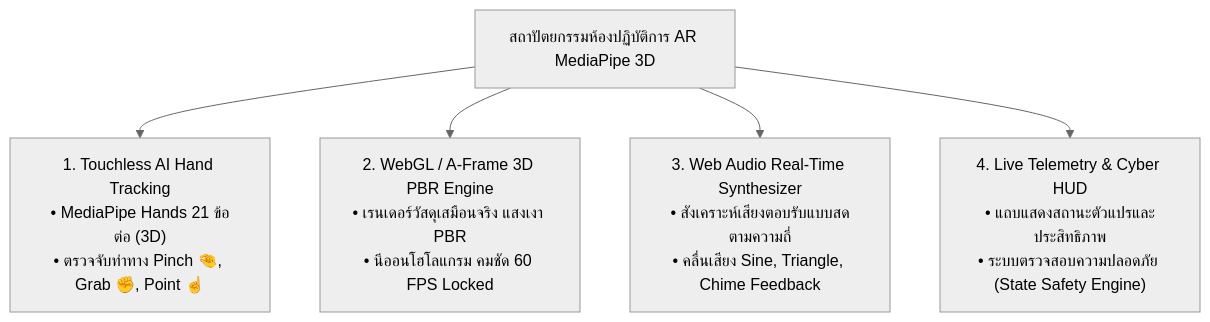
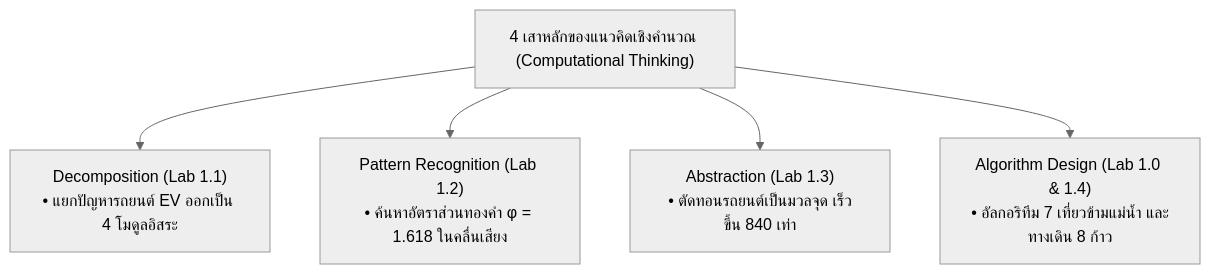
The second of 2 diagrams in outlines/book1_chapters/lab_manual_chapter01_ar_mediapipe.md (Tsanaphy2023/computing-science), drawn with Mermaid (neutral theme) before and after one commit. The commit also changed other lines of this file and 1 other file, not shown here.

````diff
--- a/outlines/book1_chapters/lab_manual_chapter01_ar_mediapipe.md
+++ b/outlines/book1_chapters/lab_manual_chapter01_ar_mediapipe.md
@@ -12,8 +249,8 @@
 ```mermaid
 graph TD
-    XR["สถาปัตยกรรมห้องปฏิบัติการ AR MediaPipe 3D"]
-    XR --> T1["1. Touchless AI Hand Tracking\n• MediaPipe Hands 21 ข้อต่อ (3D)\n• ตรวจจับท่าทาง Pinch 🤏, Grab ✊, Point ☝️"]
-    XR --> T2["2. WebGL / A-Frame 3D PBR Engine\n• เรนเดอร์วัสดุเสมือนจริง แสงเงา PBR\n• นีออนโฮโลแกรม คมชัด 60 FPS Locked"]
-    XR --> T3["3. Web Audio Real-Time Synthesizer\n• สังเคราะห์เสียงตอบรับแบบสดตามความถี่\n• คลื่นเสียง Sine, Triangle, Chime Feedback"]
-    XR --> T4["4. Live Telemetry & Cyber HUD\n• แถบแสดงสถานะตัวแปรและประสิทธิภาพ\n• ระบบตรวจสอบความปลอดภัย (State Safety Engine)"]
+    CT["4 เสาหลักของแนวคิดเชิงคำนวณ (Computational Thinking)"]
+    CT --> D["Decomposition (Lab 1.1)\n• แยกปัญหารถยนต์ EV ออกเป็น 4 โมดูลอิสระ"]
+    CT --> P["Pattern Recognition (Lab 1.2)\n• ค้นหาอัตราส่วนทองคำ φ = 1.618 ในคลื่นเสียง"]
+    CT --> A["Abstraction (Lab 1.3)\n• ตัดทอนรถยนต์เป็นมวลจุด เร็วขึ้น 840 เท่า"]
+    CT --> AL["Algorithm Design (Lab 1.0 & 1.4)\n• อัลกอริทึม 7 เที่ยวข้ามแม่น้ำ และทางเดิน 8 ก้าว"]
 ```
````
